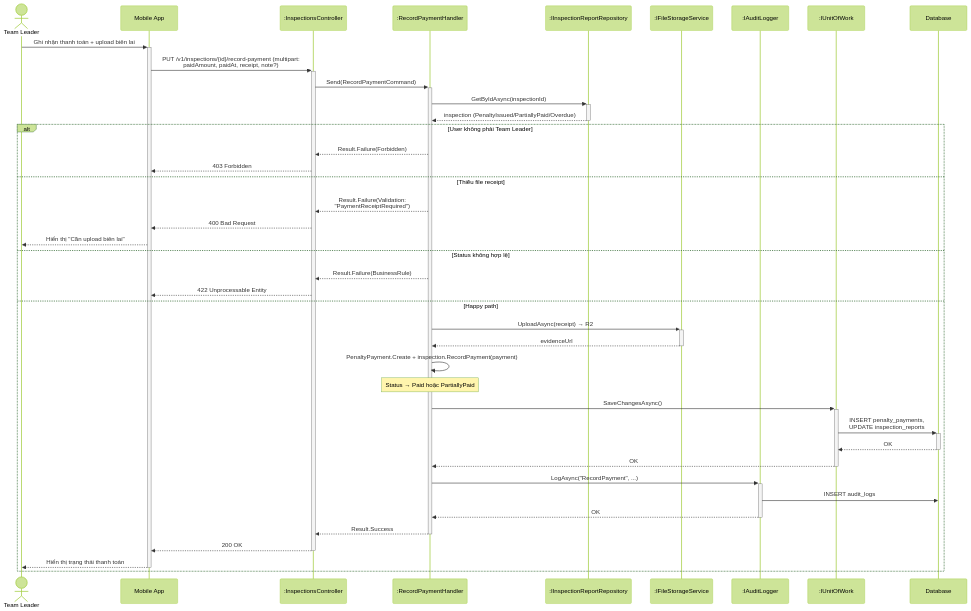
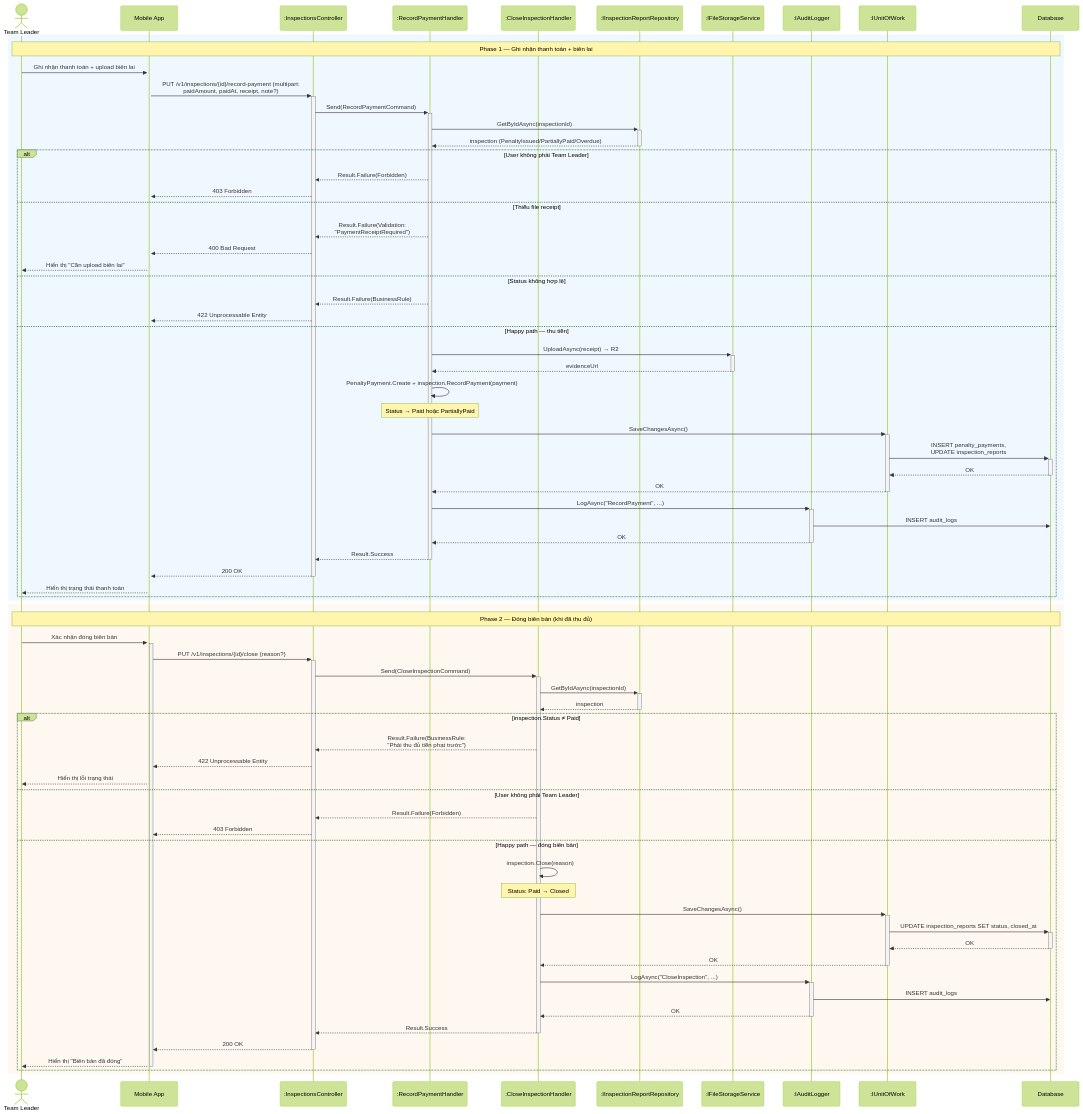
Diagram 24 of 34 in docs/BusinessRule/SEQUENCE_DIAGRAMS.md (Capstonne-Project/greenlens-service), drawn with Mermaid (forest theme) before and after one commit. The commit also changed other lines of this file and 3 other files, not shown here.

Commit message:
chore(docs): diagram and coverage checklist

````diff
--- a/docs/BusinessRule/SEQUENCE_DIAGRAMS.md
+++ b/docs/BusinessRule/SEQUENCE_DIAGRAMS.md
@@ -1550,46 +1551,82 @@
 ```mermaid
 sequenceDiagram
     actor Leader as Team Leader
     participant App as Mobile App
     participant Ctrl as :InspectionsController
-    participant Hdl as :RecordPaymentHandler
+    participant PayHdl as :RecordPaymentHandler
+    participant CloseHdl as :CloseInspectionHandler
     participant InspRepo as :IInspectionReportRepository
     participant Storage as :IFileStorageService
     participant Audit as :IAuditLogger
     participant UoW as :IUnitOfWork
     participant DB as Database
 
-    Leader->>+App: Ghi nhận thanh toán + upload biên lai
-    App->>+Ctrl: PUT /v1/inspections/{id}/record-payment (multipart:<br/>paidAmount, paidAt, receipt, note?)
-    Ctrl->>+Hdl: Send(RecordPaymentCommand)
+    rect rgb(240, 248, 255)
+        Note over Leader,DB: Phase 1 — Ghi nhận thanh toán + biên lai
+        Leader->>+App: Ghi nhận thanh toán + upload biên lai
+        App->>+Ctrl: PUT /v1/inspections/{id}/record-payment (multipart:<br/>paidAmount, paidAt, receipt, note?)
+        Ctrl->>+PayHdl: Send(RecordPaymentCommand)
 
-    Hdl->>+InspRepo: GetByIdAsync(inspectionId)
-    InspRepo-->>-Hdl: inspection (PenaltyIssued/PartiallyPaid/Overdue)
+        PayHdl->>+InspRepo: GetByIdAsync(inspectionId)
+        InspRepo-->>-PayHdl: inspection (PenaltyIssued/PartiallyPaid/Overdue)
 
-    alt User không phải Team Leader
-        Hdl-->>Ctrl: Result.Failure(Forbidden)
-        Ctrl-->>App: 403 Forbidden
-    else Thiếu file receipt
-        Hdl-->>Ctrl: Result.Failure(Validation:<br/>"PaymentReceiptRequired")
-        Ctrl-->>App: 400 Bad Request
-        App-->>Leader: Hiển thị "Cần upload biên lai"
-    else Status không hợp lệ
-        Hdl-->>Ctrl: Result.Failure(BusinessRule)
-        Ctrl-->>App: 422 Unprocessable Entity
-    else Happy path
-        Hdl->>+Storage: UploadAsync(receipt) → R2
-        Storage-->>-Hdl: evidenceUrl
-        Hdl->>Hdl: PenaltyPayment.Create + inspection.RecordPayment(payment)
-        Note over Hdl: Status → Paid hoặc PartiallyPaid
-        Hdl->>+UoW: SaveChangesAsync()
-        UoW->>+DB: INSERT penalty_payments,<br/>UPDATE inspection_reports
-        DB-->>-UoW: OK
-        UoW-->>-Hdl: OK
-        Hdl->>+Audit: LogAsync("RecordPayment", ...)
-        Audit->>DB: INSERT audit_logs
-        Audit-->>-Hdl: OK
-        Hdl-->>-Ctrl: Result.Success
-        Ctrl-->>-App: 200 OK
-        App-->>-Leader: Hiển thị trạng thái thanh toán
+        alt User không phải Team Leader
+            PayHdl-->>Ctrl: Result.Failure(Forbidden)
+            Ctrl-->>App: 403 Forbidden
+        else Thiếu file receipt
+            PayHdl-->>Ctrl: Result.Failure(Validation:<br/>"PaymentReceiptRequired")
+            Ctrl-->>App: 400 Bad Request
+            App-->>Leader: Hiển thị "Cần upload biên lai"
+        else Status không hợp lệ
+            PayHdl-->>Ctrl: Result.Failure(BusinessRule)
+            Ctrl-->>App: 422 Unprocessable Entity
+        else Happy path — thu tiền
+            PayHdl->>+Storage: UploadAsync(receipt) → R2
+            Storage-->>-PayHdl: evidenceUrl
+            PayHdl->>PayHdl: PenaltyPayment.Create + inspection.RecordPayment(payment)
+            Note over PayHdl: Status → Paid hoặc PartiallyPaid
+            PayHdl->>+UoW: SaveChangesAsync()
+            UoW->>+DB: INSERT penalty_payments,<br/>UPDATE inspection_reports
+            DB-->>-UoW: OK
+            UoW-->>-PayHdl: OK
+            PayHdl->>+Audit: LogAsync("RecordPayment", ...)
+            Audit->>DB: INSERT audit_logs
+            Audit-->>-PayHdl: OK
+            PayHdl-->>-Ctrl: Result.Success
+            Ctrl-->>-App: 200 OK
+            App-->>Leader: Hiển thị trạng thái thanh toán
+        end
+    end
+
+    rect rgb(255, 248, 240)
+        Note over Leader,DB: Phase 2 — Đóng biên bản (khi đã thu đủ)
+        Leader->>+App: Xác nhận đóng biên bản
+        App->>+Ctrl: PUT /v1/inspections/{id}/close {reason?}
+        Ctrl->>+CloseHdl: Send(CloseInspectionCommand)
+
+        CloseHdl->>+InspRepo: GetByIdAsync(inspectionId)
+        InspRepo-->>-CloseHdl: inspection
+
+        alt inspection.Status ≠ Paid
+            CloseHdl-->>Ctrl: Result.Failure(BusinessRule:<br/>"Phải thu đủ tiền phạt trước")
+            Ctrl-->>App: 422 Unprocessable Entity
+            App-->>Leader: Hiển thị lỗi trạng thái
+        else User không phải Team Leader
+            CloseHdl-->>Ctrl: Result.Failure(Forbidden)
+            Ctrl-->>App: 403 Forbidden
+        else Happy path — đóng biên bản
+            CloseHdl->>CloseHdl: inspection.Close(reason)
+            Note over CloseHdl: Status: Paid → Closed
+            CloseHdl->>+UoW: SaveChangesAsync()
+            UoW->>+DB: UPDATE inspection_reports SET status, closed_at
+            DB-->>-UoW: OK
+            UoW-->>-CloseHdl: OK
+            CloseHdl->>+Audit: LogAsync("CloseInspection", ...)
+            Audit->>DB: INSERT audit_logs
+            Audit-->>-CloseHdl: OK
+            CloseHdl-->>-Ctrl: Result.Success
+            Ctrl-->>-App: 200 OK
+            App-->>-Leader: Hiển thị "Biên bản đã đóng"
+        end
     end
 ```
````
